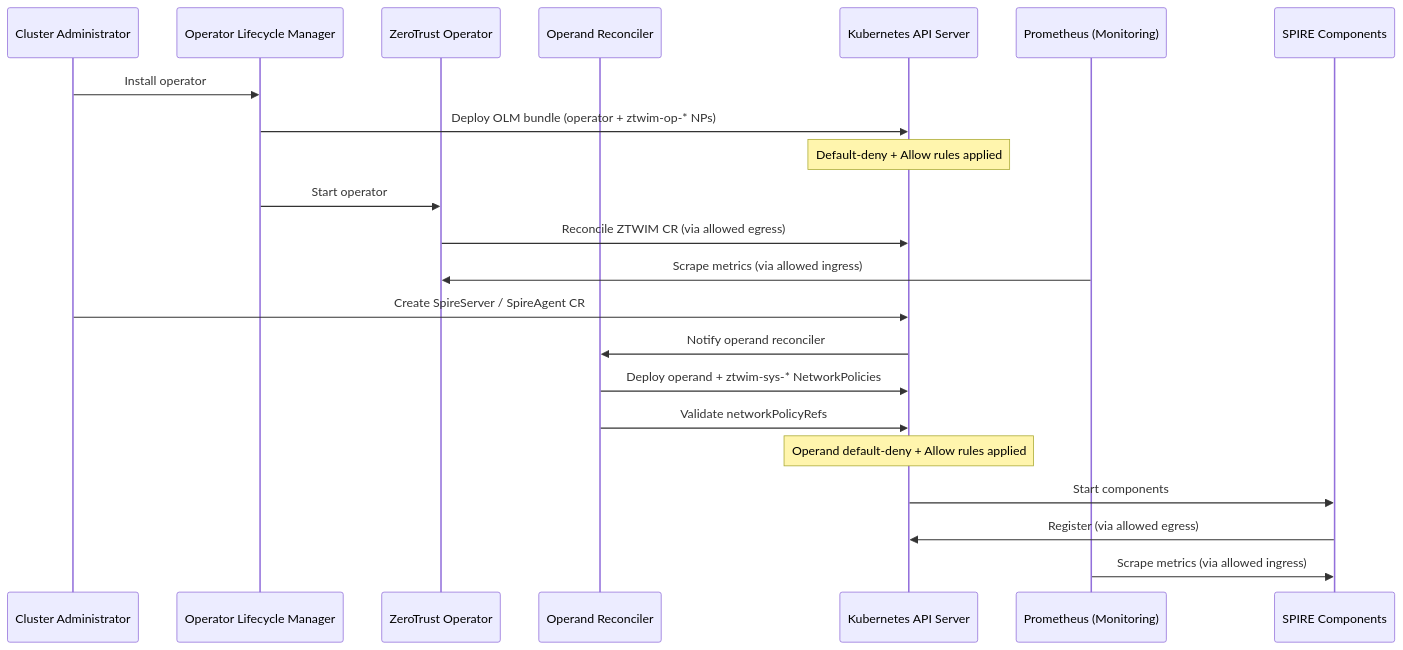
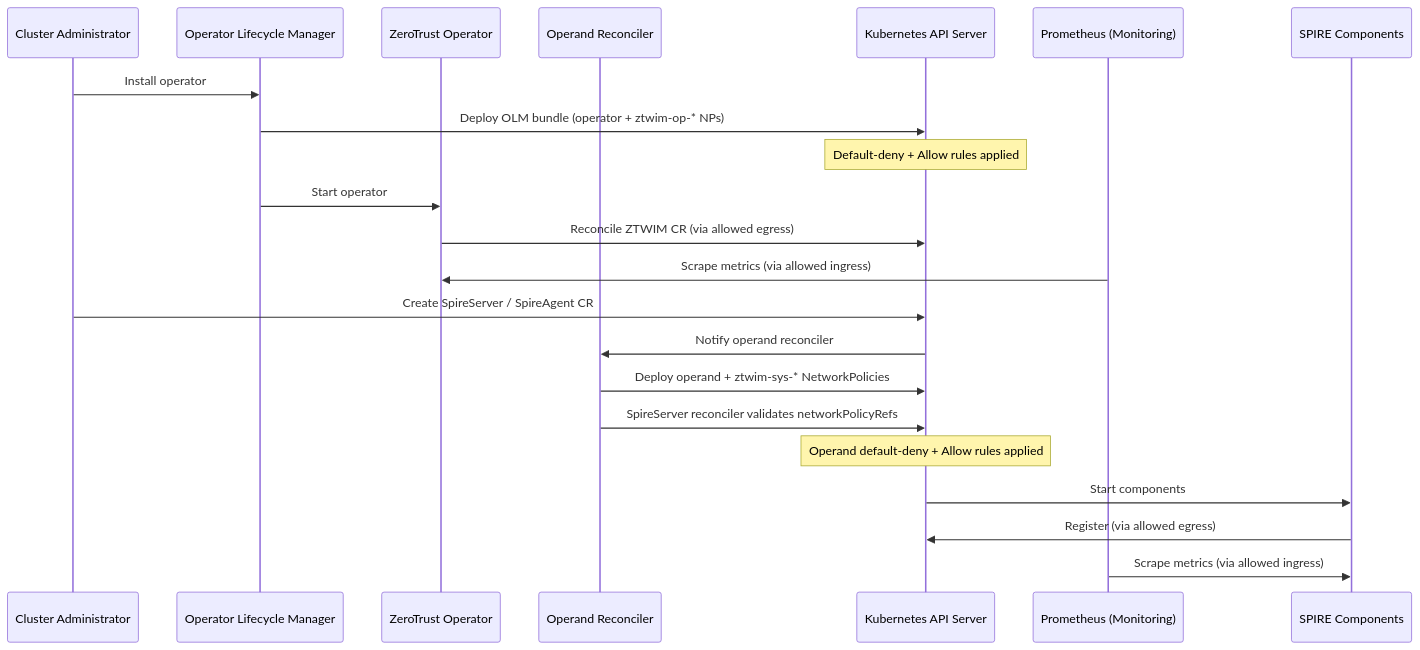
The diagram in enhancements/workload-identity-management/zero-trust-workload-identity-manager-network-policies.md (openshift/enhancements), drawn with Mermaid before and after one commit. The commit also changed other lines of this file, not shown here.

First line of the commit message:
Scope networkPolicyRefs to SpireServer CR only.

````diff
--- a/enhancements/workload-identity-management/zero-trust-workload-identity-manager-network-policies.md
+++ b/enhancements/workload-identity-management/zero-trust-workload-identity-manager-network-policies.md
@@ -293,26 +298,26 @@
 ```mermaid
 sequenceDiagram
     participant Admin as Cluster Administrator
     participant OLM as Operator Lifecycle Manager
     participant Op as ZeroTrust Operator
     participant Recon as Operand Reconciler
     participant K8s as Kubernetes API Server
     participant Mon as Prometheus (Monitoring)
     participant SPIRE as SPIRE Components
 
     Admin->>OLM: Install operator
     OLM->>K8s: Deploy OLM bundle (operator + ztwim-op-* NPs)
     Note over K8s: Default-deny + Allow rules applied
     OLM->>Op: Start operator
     Op->>K8s: Reconcile ZTWIM CR (via allowed egress)
     Mon->>Op: Scrape metrics (via allowed ingress)
 
     Admin->>K8s: Create SpireServer / SpireAgent CR
     K8s->>Recon: Notify operand reconciler
     Recon->>K8s: Deploy operand + ztwim-sys-* NetworkPolicies
-    Recon->>K8s: Validate networkPolicyRefs
+    Recon->>K8s: SpireServer reconciler validates networkPolicyRefs
     Note over K8s: Operand default-deny + Allow rules applied
     K8s->>SPIRE: Start components
     SPIRE->>K8s: Register (via allowed egress)
     Mon->>SPIRE: Scrape metrics (via allowed ingress)
 ```
````
